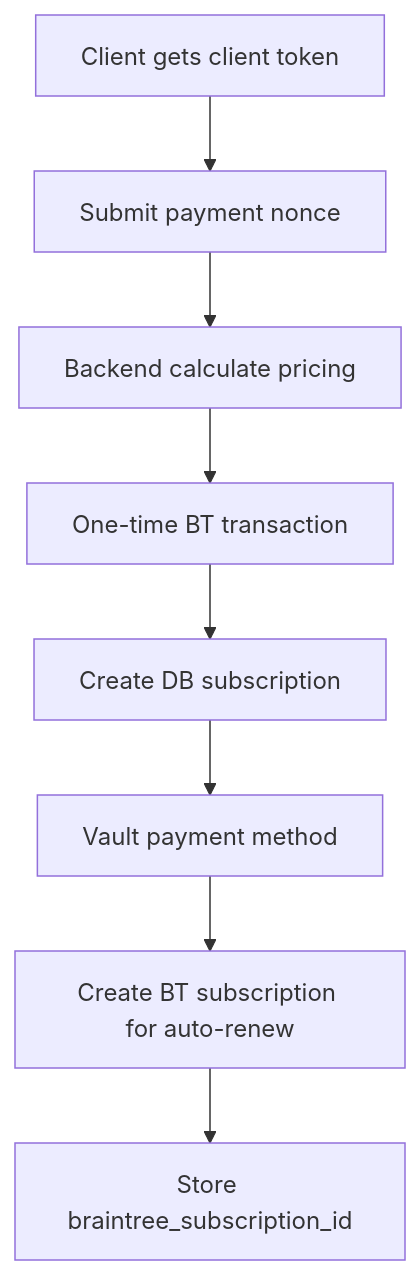
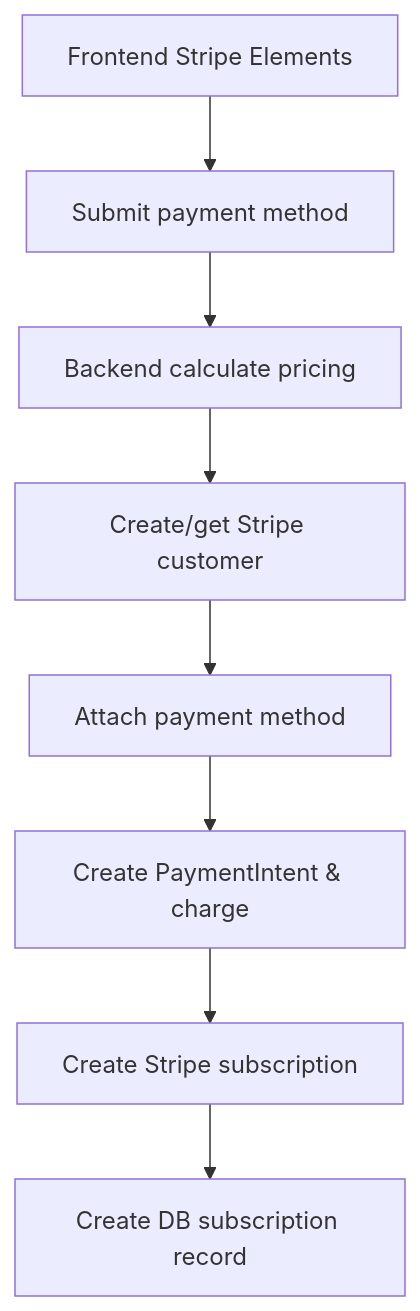
The first of 2 diagrams in document/SubscriptionMechanism.md (huzaifa-khambaty/resume_builder_back), drawn with Mermaid before and after one commit. The commit also changed other lines of this file and 13 other files, not shown here.

Commit message:
Change payment integration from braintree to stripe

````diff
--- a/document/SubscriptionMechanism.md
+++ b/document/SubscriptionMechanism.md
@@ -112,10 +127,10 @@
 ```mermaid
 flowchart TD
-  A[Client gets client token] --> B[Submit payment nonce]
+  A[Frontend Stripe Elements] --> B[Submit payment method]
   B --> C[Backend calculate pricing]
-  C --> D[One-time BT transaction]
-  D --> E[Create DB subscription]
-  E --> F[Vault payment method]
-  F --> G[Create BT subscription for auto-renew]
-  G --> H[Store braintree_subscription_id]
+  C --> D[Create/get Stripe customer]
+  D --> E[Attach payment method]
+  E --> F[Create PaymentIntent & charge]
+  F --> G[Create Stripe subscription]
+  G --> H[Create DB subscription record]
 ```
````
